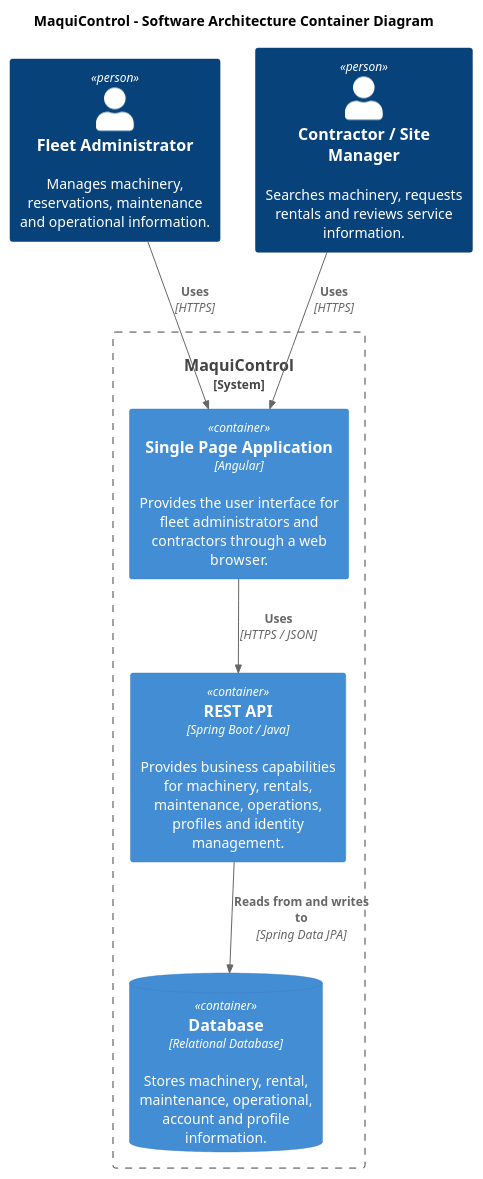
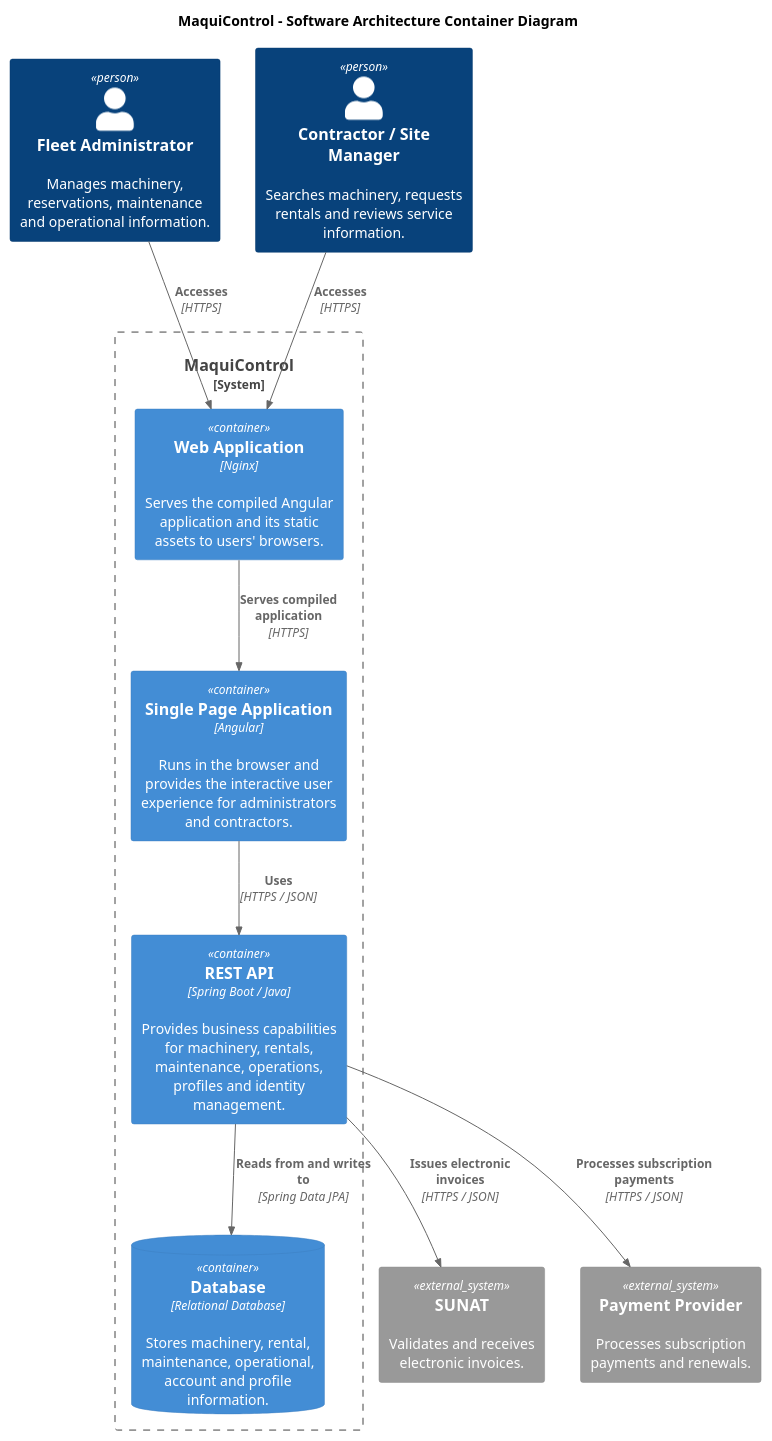
One commit to AndesHeavyTech/MaquiControl changed the diagram in docs/architecture/container.puml. Above: the diagram before and after it, drawn with PlantUML. The commit also changed 20 other files, not shown here.

Commit message:
docs(architecture): correct C4 model and add frontend components

```diff
--- a/docs/architecture/container.puml
+++ b/docs/architecture/container.puml
@@ -1,25 +1,36 @@
 @startuml
 !include <C4/C4_Container>
 
 title MaquiControl - Software Architecture Container Diagram
 
 Person(admin, "Fleet Administrator", "Manages machinery, reservations, maintenance and operational information.")
 Person(contractor, "Contractor / Site Manager", "Searches machinery, requests rentals and reviews service information.")
 
 System_Boundary(maquicontrol, "MaquiControl") {
 
-    Container(webapp, "Single Page Application", "Angular", "Provides the user interface for fleet administrators and contractors through a web browser.")
+    Container(webServer, "Web Application", "Nginx", "Serves the compiled Angular application and its static assets to users' browsers.")
+
+    Container(spa, "Single Page Application", "Angular", "Runs in the browser and provides the interactive user experience for administrators and contractors.")
 
     Container(api, "REST API", "Spring Boot / Java", "Provides business capabilities for machinery, rentals, maintenance, operations, profiles and identity management.")
 
     ContainerDb(database, "Database", "Relational Database", "Stores machinery, rental, maintenance, operational, account and profile information.")
 }
 
-Rel(admin, webapp, "Uses", "HTTPS")
-Rel(contractor, webapp, "Uses", "HTTPS")
+System_Ext(sunat, "SUNAT", "Validates and receives electronic invoices.")
+System_Ext(paymentProvider, "Payment Provider", "Processes subscription payments and renewals.")
 
-Rel(webapp, api, "Uses", "HTTPS / JSON")
+Rel(admin, webServer, "Accesses", "HTTPS")
+Rel(contractor, webServer, "Accesses", "HTTPS")
+
+Rel(webServer, spa, "Serves compiled application", "HTTPS")
+
+Rel(spa, api, "Uses", "HTTPS / JSON")
 
 Rel(api, database, "Reads from and writes to", "Spring Data JPA")
 
+Rel(api, sunat, "Issues electronic invoices", "HTTPS / JSON")
+
+Rel(api, paymentProvider, "Processes subscription payments", "HTTPS / JSON")
+
 @enduml
```
